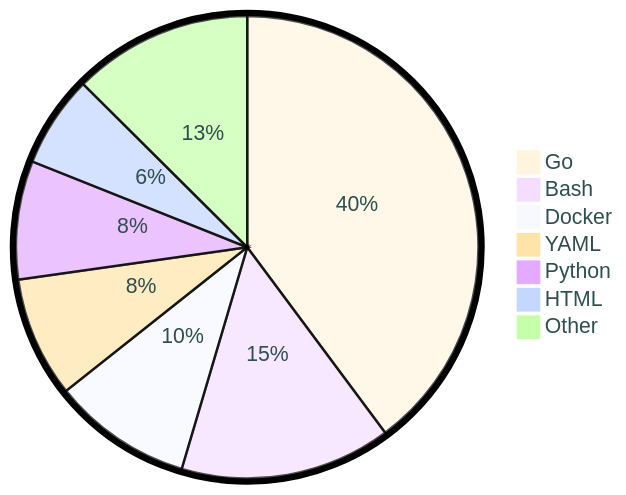
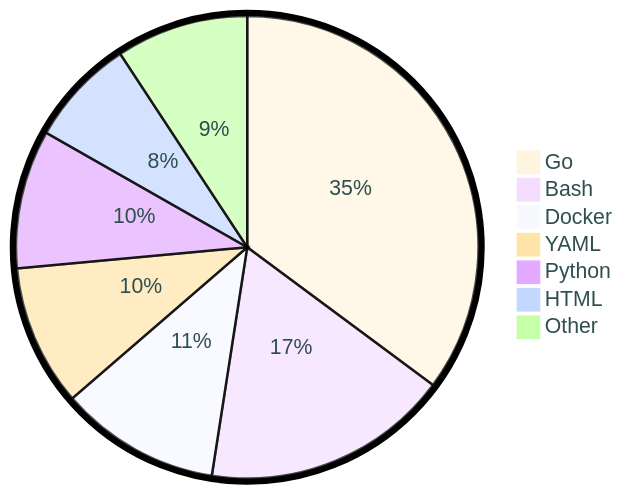
Before and after one commit to tot0p/tot0p: the diagram in README.md, drawn with Mermaid. The commit also changed other lines of this file, not shown here.

````diff
--- a/README.md
+++ b/README.md
@@ -81,11 +81,11 @@
 ```mermaid
 %%{init: {"pie": {"textPosition": 0.5}, "themeVariables": {"pieOuterStrokeWidth": "5px","primaryTextColor" : "#2F4F4F"},"theme":"base"} }%%
 pie
-	"Go": 39.83
-	"Bash": 14.75
-	"Docker": 9.76
-	"YAML": 8.43
-	"Python": 8.28
-	"HTML": 6.41
-	"Other": 12.55
+	"Go": 35.16
+	"Bash": 17.29
+	"Docker": 11.21
+	"YAML": 9.88
+	"Python": 9.7
+	"HTML": 7.51
+	"Other": 9.25
 ```
````
